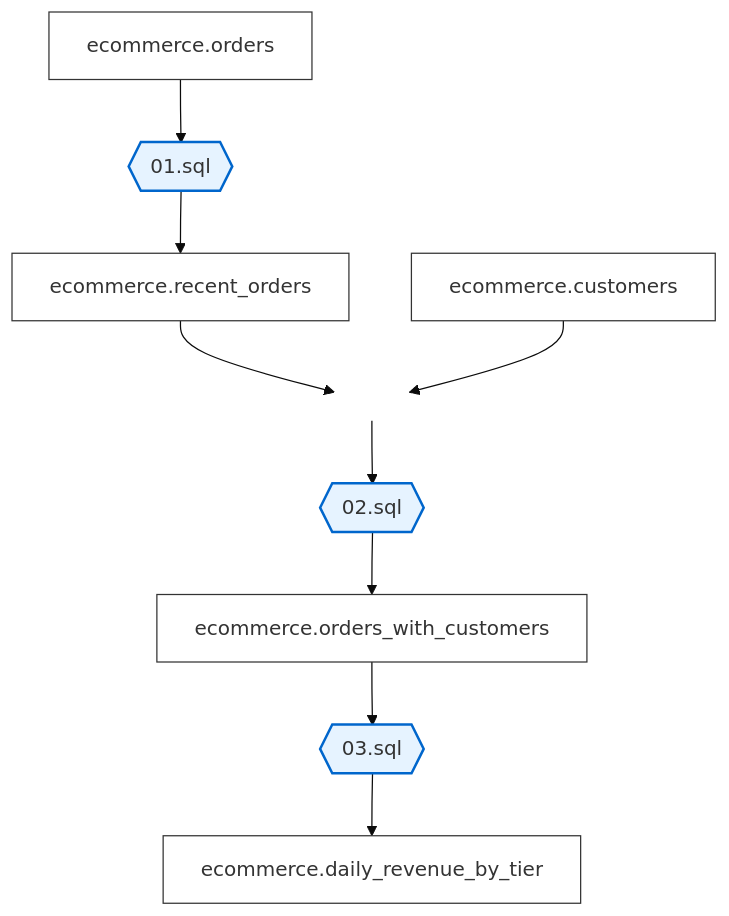
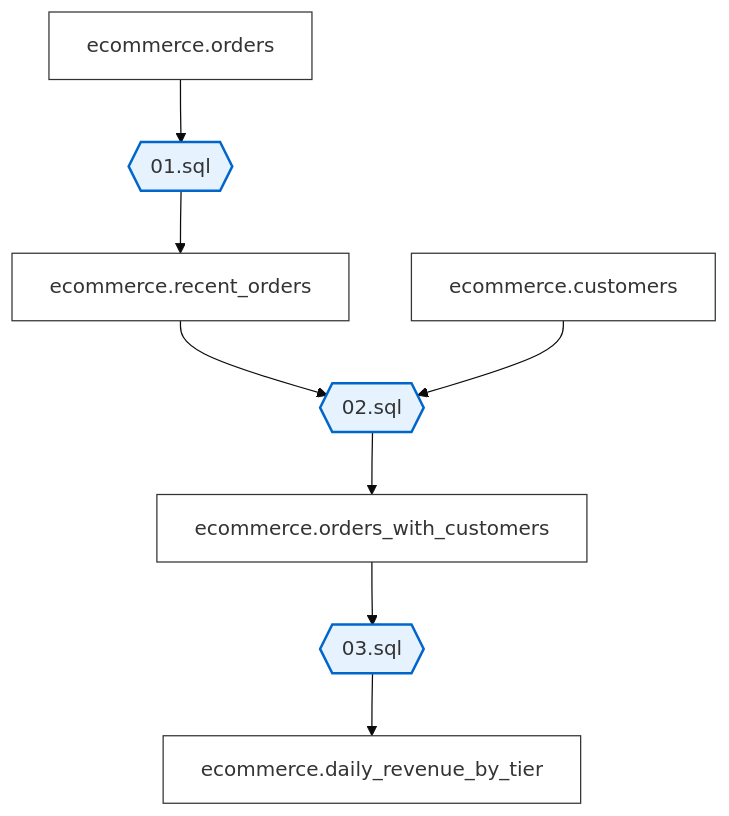
One commit to ashrithssreddy/github-actions-mermaid-charts changed the diagram in docs/data_flow.mmd. Above: the diagram before and after it, drawn with Mermaid (base theme).

Commit message:
updated chart

```diff
--- a/docs/data_flow.mmd
+++ b/docs/data_flow.mmd
@@ -1,37 +1,33 @@
 flowchart TD
   ecommerce_orders[ecommerce.orders]
   ecommerce_customers[ecommerce.customers]
 
   sql_01{{01.sql}}
 
   ecommerce_recent_orders[ecommerce.recent_orders]
 
-  spacer_inputs_02[ ]
   sql_02{{02.sql}}
 
   ecommerce_orders_with_customers[ecommerce.orders_with_customers]
 
   sql_03{{03.sql}}
 
   ecommerce_daily_revenue_by_tier[ecommerce.daily_revenue_by_tier]
 
   ecommerce_orders --> sql_01
   sql_01 --> ecommerce_recent_orders
-  ecommerce_recent_orders --> spacer_inputs_02
-  ecommerce_customers --> spacer_inputs_02
-  spacer_inputs_02 --> sql_02
+  ecommerce_recent_orders --> sql_02
+  ecommerce_customers --> sql_02
   sql_02 --> ecommerce_orders_with_customers
   ecommerce_orders_with_customers --> sql_03
   sql_03 --> ecommerce_daily_revenue_by_tier
 
   style sql_01 fill:#e6f3ff,stroke:#0066cc,stroke-width:2px
   style sql_02 fill:#e6f3ff,stroke:#0066cc,stroke-width:2px
   style sql_03 fill:#e6f3ff,stroke:#0066cc,stroke-width:2px
 
   style ecommerce_orders fill:#ffffff,stroke:#333333,stroke-width:1px
   style ecommerce_customers fill:#ffffff,stroke:#333333,stroke-width:1px
   style ecommerce_recent_orders fill:#ffffff,stroke:#333333,stroke-width:1px
   style ecommerce_orders_with_customers fill:#ffffff,stroke:#333333,stroke-width:1px
   style ecommerce_daily_revenue_by_tier fill:#ffffff,stroke:#333333,stroke-width:1px
-
-  style spacer_inputs_02 fill:transparent,stroke:transparent
```
